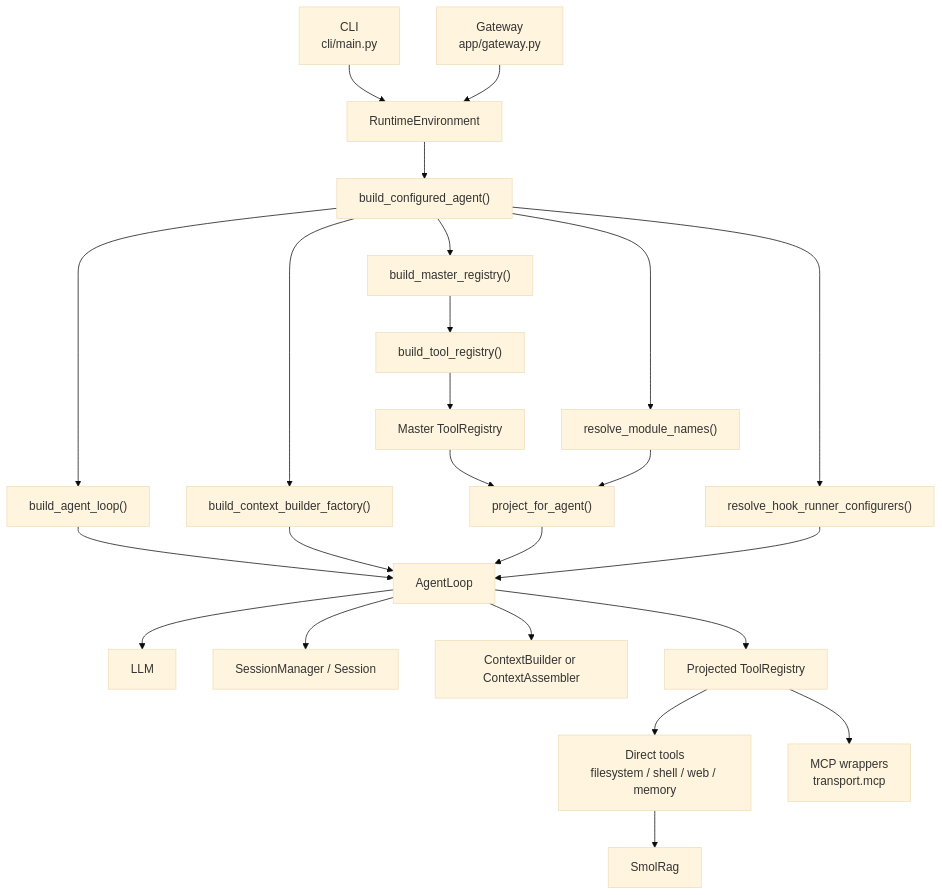
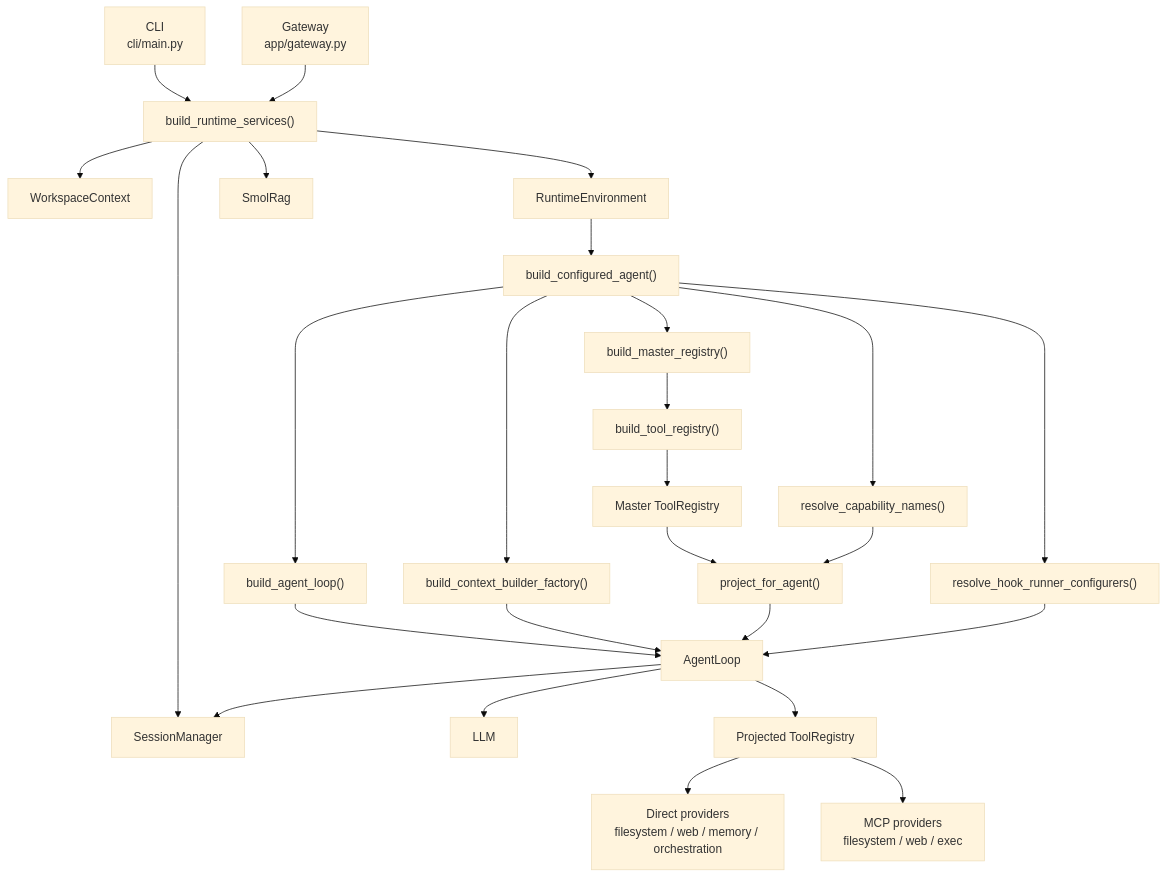
The first of 5 diagrams in docs/architecture-runtime.md (OrderAndCh4oS/smolclaw), drawn with Mermaid (base theme) before and after one commit. The commit also changed other lines of this file and 32 other files, not shown here.

````diff
--- a/docs/architecture-runtime.md
+++ b/docs/architecture-runtime.md
@@ -22,31 +23,33 @@
 ```mermaid
 flowchart TD
-    CLI["CLI\ncli/main.py"] --> ENV["RuntimeEnvironment"]
-    GW["Gateway\napp/gateway.py"] --> ENV
+    CLI["CLI\ncli/main.py"] --> RTS["build_runtime_services()"]
+    GW["Gateway\napp/gateway.py"] --> RTS
+
+    RTS --> WS["WorkspaceContext"]
+    RTS --> ENV["RuntimeEnvironment"]
+    RTS --> RAG["SmolRag"]
+    RTS --> SESS["SessionManager"]
 
     ENV --> CFG["build_configured_agent()"]
-    CFG --> MODS["resolve_module_names()"]
+    CFG --> CAPS["resolve_capability_names()"]
     CFG --> REG["build_master_registry()"]
     CFG --> CTX["build_context_builder_factory()"]
     CFG --> HOOKS["resolve_hook_runner_configurers()"]
 
     REG --> FACTORY["build_tool_registry()"]
     FACTORY --> MASTER["Master ToolRegistry"]
 
     CFG --> LOOP["build_agent_loop()"]
     MASTER --> PROJ["project_for_agent()"]
-    MODS --> PROJ
+    CAPS --> PROJ
     LOOP --> AGENT["AgentLoop"]
     CTX --> AGENT
     PROJ --> AGENT
     HOOKS --> AGENT
 
     AGENT --> LLM["LLM"]
-    AGENT --> SESS["SessionManager / Session"]
-    AGENT --> CB["ContextBuilder or ContextAssembler"]
+    AGENT --> SESS
     AGENT --> TOOLS["Projected ToolRegistry"]
-
-    TOOLS --> DIRECT["Direct tools\nfilesystem / shell / web / memory"]
-    TOOLS --> MCP["MCP wrappers\ntransport.mcp"]
-    DIRECT --> RAG["SmolRag"]
+    TOOLS --> DIRECT["Direct providers\nfilesystem / web / memory / orchestration"]
+    TOOLS --> MCP["MCP providers\nfilesystem / web / exec"]
 ```
````
